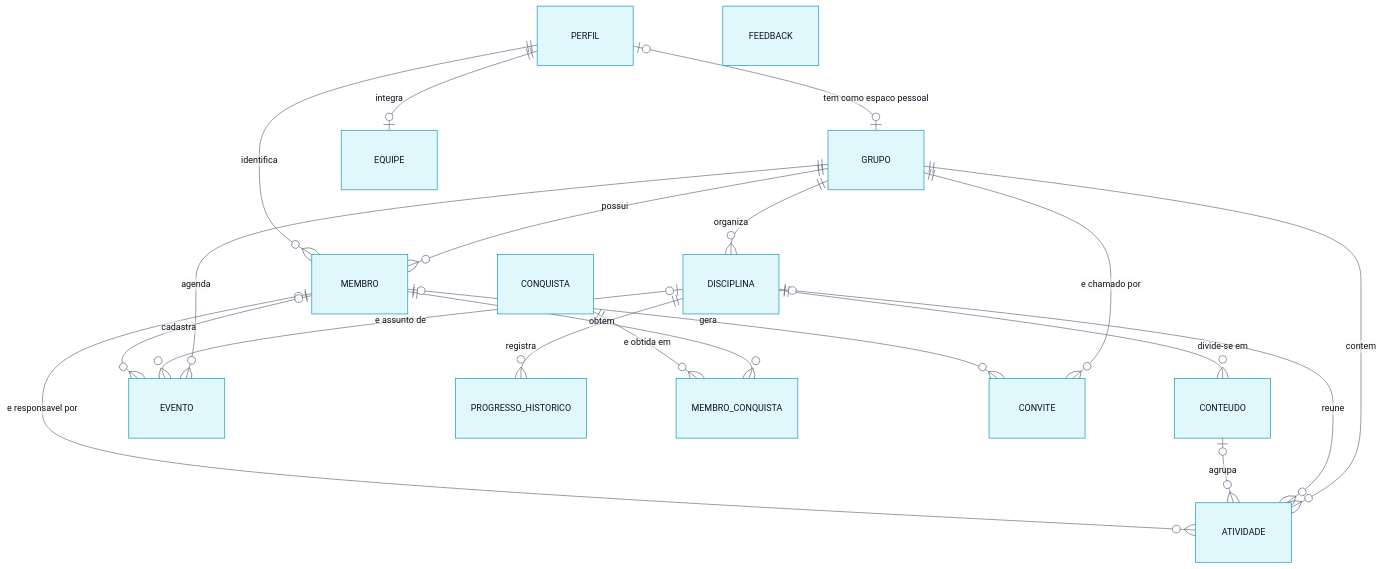
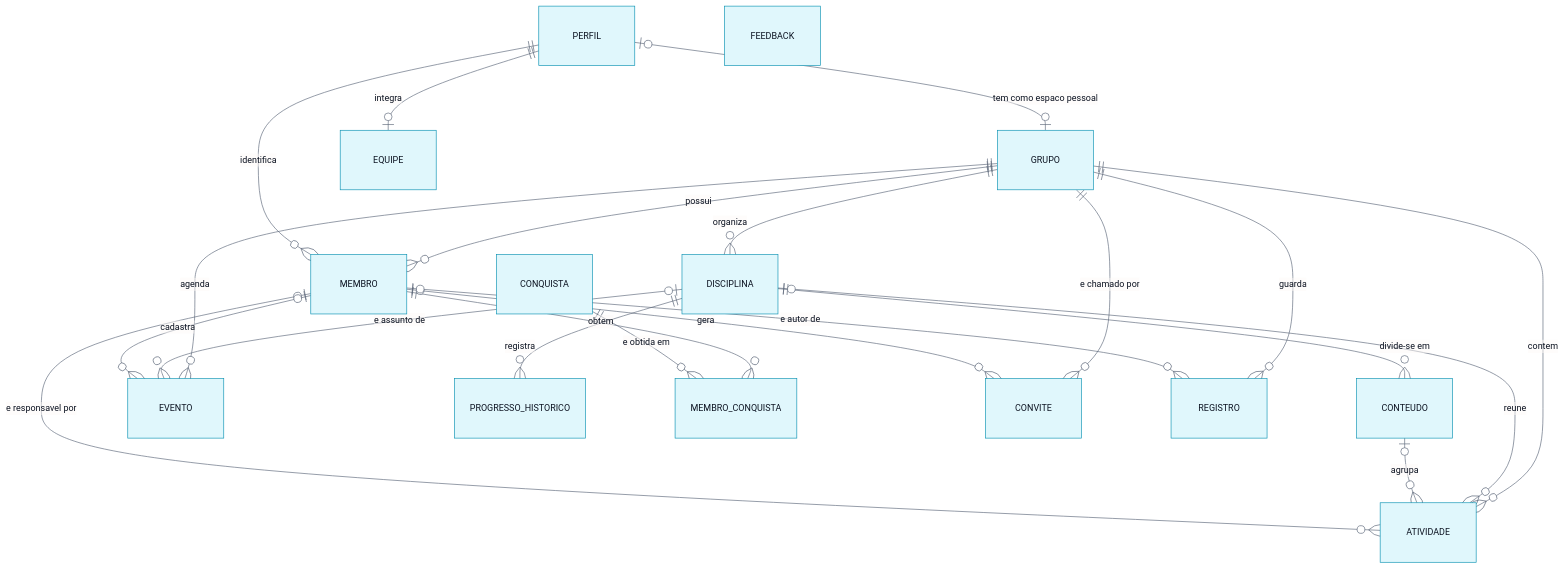
Before and after one commit to dedeyfogaca/equipe7-vertice: the diagram in banco-de-dados/01-modelo-conceitual.md, drawn with Mermaid. The commit also changed other lines of this file and 24 other files, not shown here.

````diff
--- a/banco-de-dados/01-modelo-conceitual.md
+++ b/banco-de-dados/01-modelo-conceitual.md
@@ -14,24 +14,26 @@
 ```mermaid
 %%{init: {"theme": "base", "fontFamily": "Space Grotesk", "themeVariables": {"fontFamily": "Space Grotesk, Segoe UI, sans-serif", "fontSize": "14px", "primaryColor": "#E0F7FC", "primaryTextColor": "#0B1220", "primaryBorderColor": "#0891B2", "lineColor": "#5B6678", "attributeBackgroundColorOdd": "#FFFFFF", "attributeBackgroundColorEven": "#F5F7FC", "nodeBorder": "#0891B2", "mainBkg": "#E0F7FC", "textColor": "#0B1220", "titleColor": "#0E7490"}, "er": {"diagramPadding": 24, "entityPadding": 16, "minEntityWidth": 150}}}%%
 erDiagram
     GRUPO ||--o{ MEMBRO : "possui"
     PERFIL ||--o{ MEMBRO : "identifica"
     PERFIL |o--o| GRUPO : "tem como espaco pessoal"
     GRUPO ||--o{ DISCIPLINA : "organiza"
     DISCIPLINA ||--o{ CONTEUDO : "divide-se em"
     GRUPO ||--o{ ATIVIDADE : "contem"
     DISCIPLINA |o--o{ ATIVIDADE : "reune"
     CONTEUDO |o--o{ ATIVIDADE : "agrupa"
     MEMBRO |o--o{ ATIVIDADE : "e responsavel por"
     GRUPO ||--o{ EVENTO : "agenda"
     DISCIPLINA |o--o{ EVENTO : "e assunto de"
     MEMBRO |o--o{ EVENTO : "cadastra"
     DISCIPLINA ||--o{ PROGRESSO_HISTORICO : "registra"
     MEMBRO ||--o{ MEMBRO_CONQUISTA : "obtem"
     CONQUISTA ||--o{ MEMBRO_CONQUISTA : "e obtida em"
     GRUPO ||--o{ CONVITE : "e chamado por"
     MEMBRO |o--o{ CONVITE : "gera"
     PERFIL ||--o| EQUIPE : "integra"
+    GRUPO ||--o{ REGISTRO : "guarda"
+    MEMBRO |o--o{ REGISTRO : "e autor de"
     FEEDBACK
 
 ```
````
